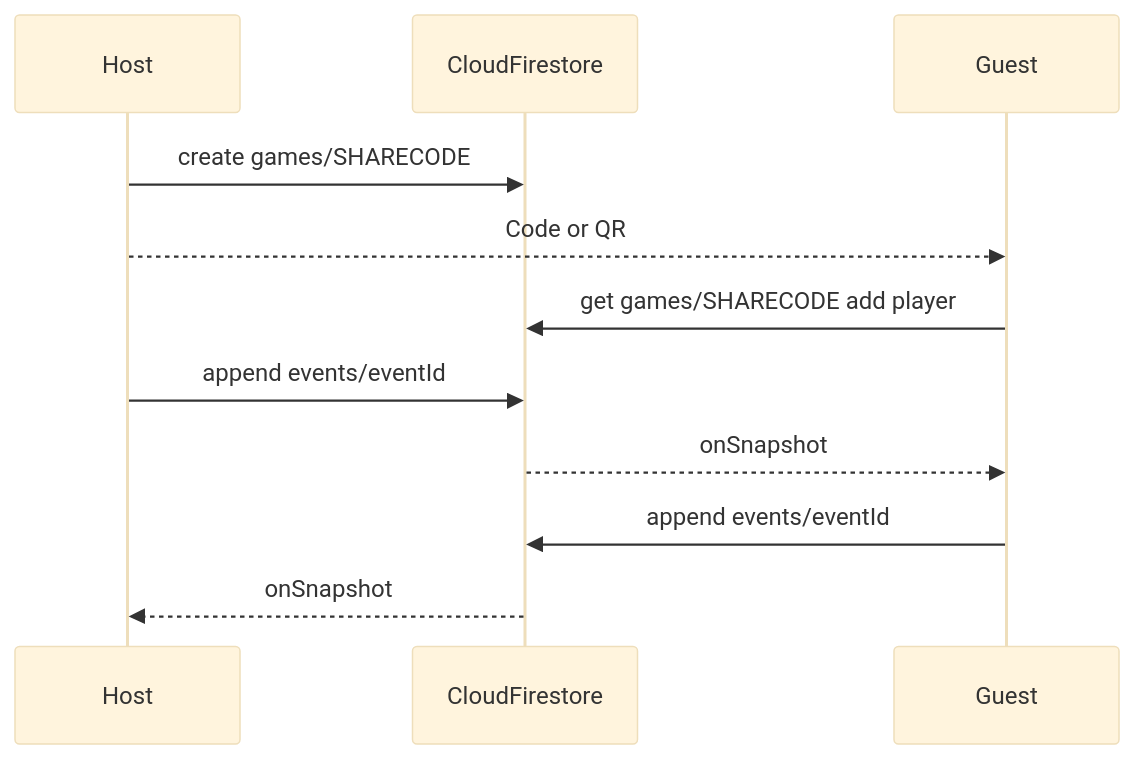
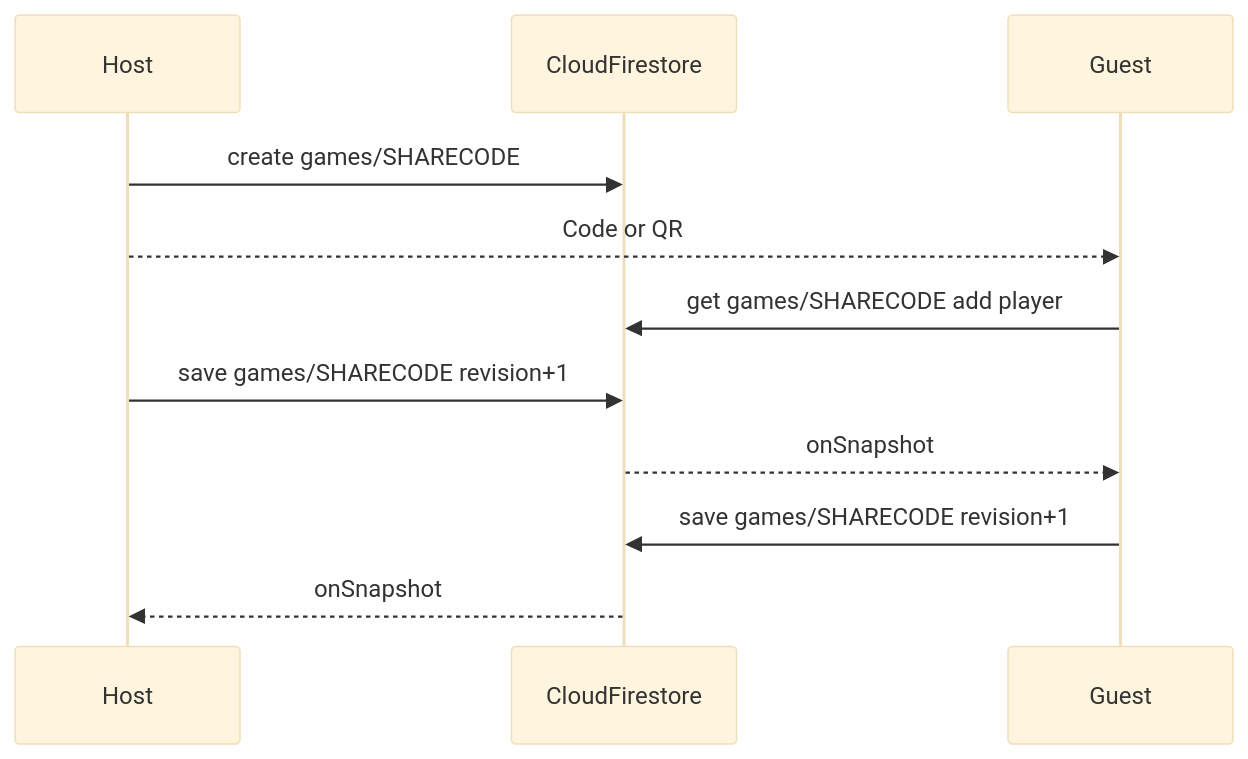
Before and after one commit to Dadstart/ScoreForge: the diagram in docs/ARCHITECTURE.md, drawn with Mermaid (base theme). The commit also changed other lines of this file and 37 other files, not shown here.

````diff
--- a/docs/ARCHITECTURE.md
+++ b/docs/ARCHITECTURE.md
@@ -49,13 +52,13 @@
 ```mermaid
 sequenceDiagram
   participant Host
   participant FS as CloudFirestore
   participant Guest
   Host->>FS: create games/SHARECODE
   Host-->>Guest: Code or QR
   Guest->>FS: get games/SHARECODE add player
-  Host->>FS: append events/eventId
+  Host->>FS: save games/SHARECODE revision+1
   FS-->>Guest: onSnapshot
-  Guest->>FS: append events/eventId
+  Guest->>FS: save games/SHARECODE revision+1
   FS-->>Host: onSnapshot
 ```
````
